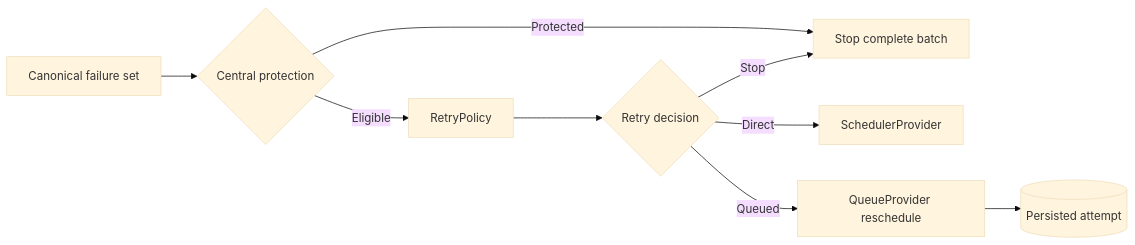
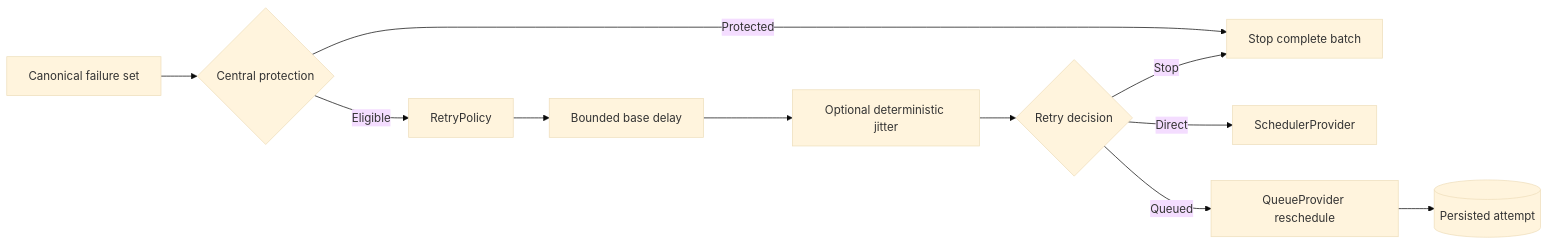
One commit to dataloom-sdk/dataloom changed the diagram in docs/architecture/retry-boundaries.md. Above: the diagram before and after it, drawn with Mermaid (base theme). The commit also changed other lines of this file and 12 other files, not shown here.

First line of the commit message:
DL-040: add deterministic retry jitter (#110)

````diff
--- a/docs/architecture/retry-boundaries.md
+++ b/docs/architecture/retry-boundaries.md
@@ -13,20 +14,24 @@
 ```mermaid
 flowchart LR
     failure[Canonical failure set]
     guard{Central protection}
     stop[Stop complete batch]
     policy[RetryPolicy]
+    base[Bounded base delay]
+    jitter[Optional deterministic jitter]
     decision{Retry decision}
     direct[SchedulerProvider]
     queued[QueueProvider reschedule]
     durable[(Persisted attempt)]
 
     failure --> guard
     guard -->|Protected| stop
     guard -->|Eligible| policy
-    policy --> decision
+    policy --> base
+    base --> jitter
+    jitter --> decision
     decision -->|Stop| stop
     decision -->|Direct| direct
     decision -->|Queued| queued
     queued --> durable
 ```
````
